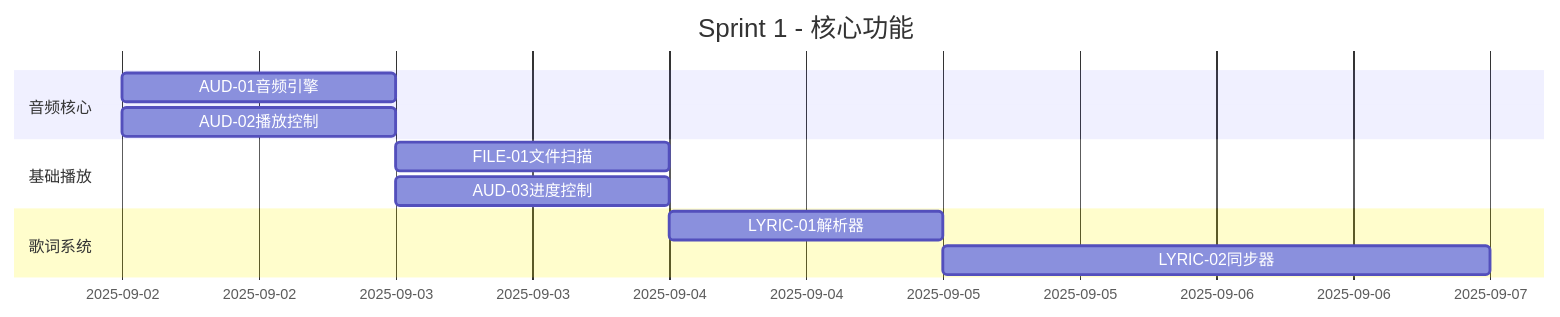
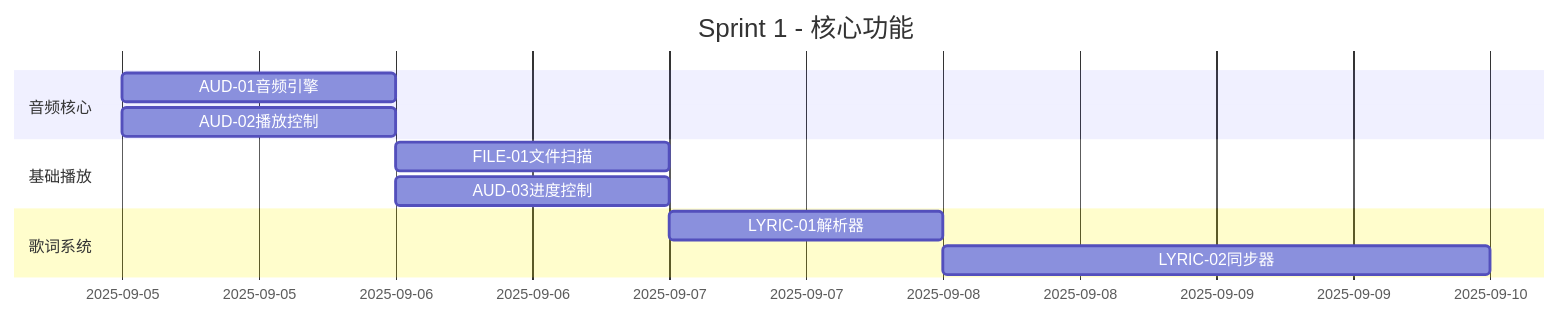
The second of 4 diagrams in 开发计划书/# 音乐播放器开发待办事项清单.md (DONGNINGw/musicplayerapp), drawn with Mermaid before and after one commit. The commit also changed other lines of this file and 128 other files, not shown here.

````diff
--- a/开发计划书/# 音乐播放器开发待办事项清单.md
+++ b/开发计划书/# 音乐播放器开发待办事项清单.md
@@ -150,14 +150,14 @@
 ```mermaid
 gantt
  title Sprint 1 - 核心功能
  dateFormat YYYY-MM-DD
  section 音频核心
- AUD-01音频引擎: 2025-09-02, 0.5d
- AUD-02播放控制: 2025-09-02, 0.5d
+ AUD-01音频引擎: 2025-09-05, 0.5d
+ AUD-02播放控制: 2025-09-05, 0.5d
  section 基础播放
- FILE-01文件扫描: 2025-09-03, 1d
- AUD-03进度控制: 2025-09-03, 1d
+ FILE-01文件扫描: 2025-09-06, 1d
+ AUD-03进度控制: 2025-09-06, 1d
  section 歌词系统
- LYRIC-01解析器: 2025-09-04, 1d
- LYRIC-02同步器: 2025-09-05, 1.5d
+ LYRIC-01解析器: 2025-09-07, 1d
+ LYRIC-02同步器: 2025-09-08, 1.5d
 ```
````
